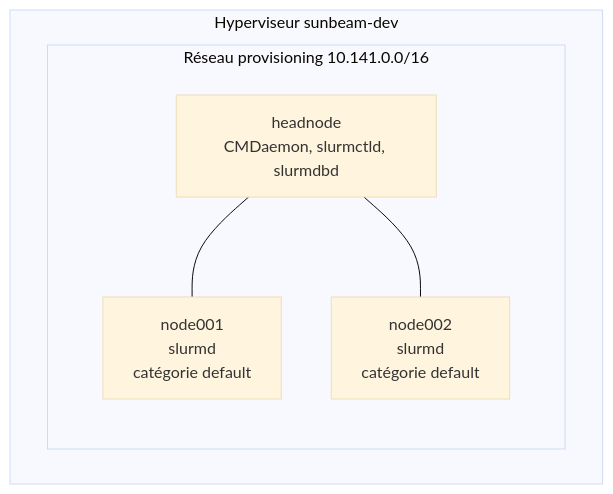
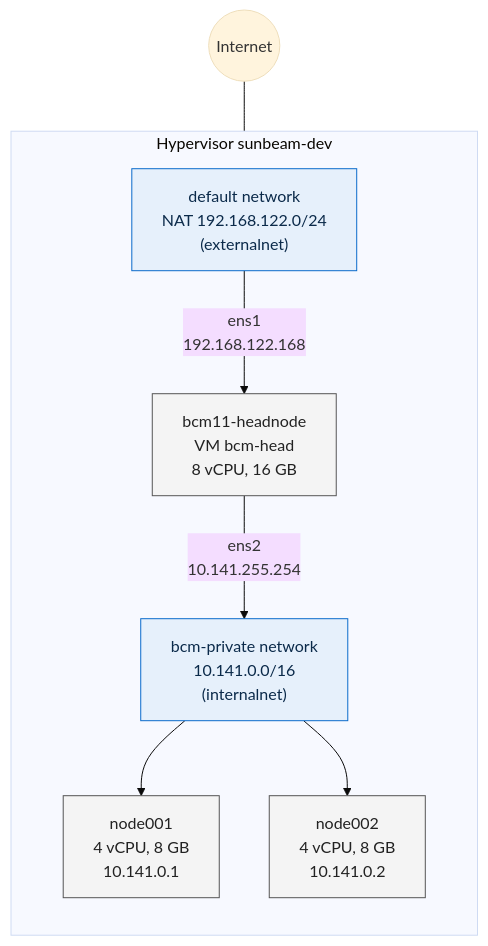
The diagram in s00-slurm/cluster.md (jproque-dell/carnet-lab-ia), drawn with Mermaid (base theme) before and after one commit. The commit also changed other lines of this file, not shown here.

````diff
--- a/s00-slurm/cluster.md
+++ b/s00-slurm/cluster.md
@@ -1,12 +44,24 @@
 ```mermaid
 flowchart TB
-  subgraph HOTE["Hyperviseur sunbeam-dev"]
-    subgraph NET1["Réseau provisioning 10.141.0.0/16"]
-      H["headnode<br/>CMDaemon, slurmctld, slurmdbd"]
-      N1["node001<br/>slurmd<br/>catégorie default"]
-      N2["node002<br/>slurmd<br/>catégorie default"]
-    end
+  EXT(("Internet"))
+
+  subgraph HOST["Hypervisor sunbeam-dev"]
+    direction TB
+    NET1["default network<br/>NAT 192.168.122.0/24<br/>(externalnet)"]
+    HEAD["bcm11-headnode<br/>VM bcm-head<br/>8 vCPU, 16 GB"]
+    NET2["bcm-private network<br/>10.141.0.0/16<br/>(internalnet)"]
+    N1["node001<br/>4 vCPU, 8 GB<br/>10.141.0.1"]
+    N2["node002<br/>4 vCPU, 8 GB<br/>10.141.0.2"]
   end
-  H --- N1
-  H --- N2
+
+  EXT --- NET1
+  NET1 -->|"ens1<br/>192.168.122.168"| HEAD
+  HEAD -->|"ens2<br/>10.141.255.254"| NET2
+  NET2 --> N1
+  NET2 --> N2
+
+  classDef net fill:#e6f0fb,stroke:#0b6bcb,color:#0b2a4a
+  classDef vm fill:#f4f4f4,stroke:#555,color:#222
+  class NET1,NET2 net
+  class HEAD,N1,N2 vm
 ```
````
